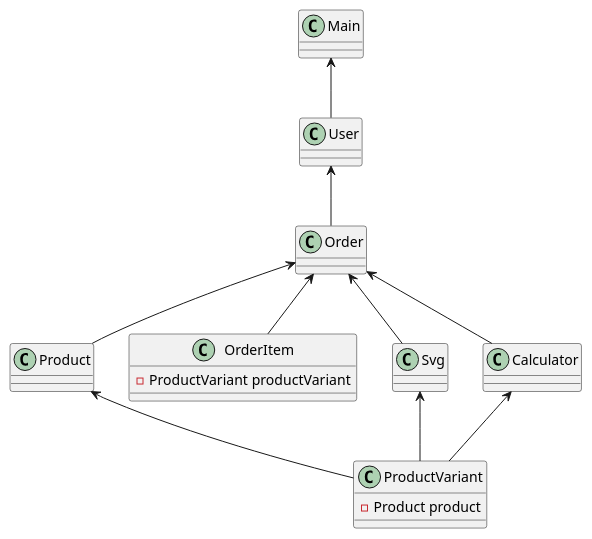
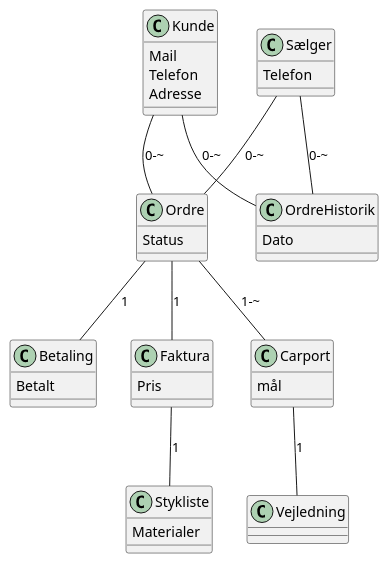
The diagram in docs/DomainModel.puml (Mikkel-ao/Carport), drawn with PlantUML before and after one commit. The commit also changed 1 other file, not shown here.

Commit message:
Domain model done

```diff
--- a/docs/DomainModel.puml
+++ b/docs/DomainModel.puml
@@ -1,42 +1,44 @@
 @startuml
 'https://plantuml.com/class-diagram
-' Domain Model
-
-class Main {
+'Domain Model'
+class Betaling {
+Betalt
+}
+class Kunde{
+Mail
+Telefon
+Adresse
+}
+class Sælger{
+Telefon
+}
+class Ordre{
+Status
+}
+class Faktura {
+Pris
+}
+class OrdreHistorik{
+Dato
+}
+class Carport {
+mål
+}
+class Vejledning{
+}
+class Stykliste {
+Materialer
 }
 
-class User {
-
-}
-
-class Order {
-}
-
-class Product {
-}
-
-class ProductVariant {
-- Product product
-}
-
-class OrderItem {
-- ProductVariant productVariant
-}
-
-class Svg {
-}
-class Calculator{
-}
-
-
-Main <-- User
-User <-- Order
-Product <-- ProductVariant
-Order <-- Product
-Order <-- OrderItem
-Svg <-- ProductVariant
-Order <-- Calculator
-Order <-- Svg
-Calculator <-- ProductVariant
+'pile'
+Kunde -- Ordre: 0-~
+Ordre -- Carport: 1-~
+Ordre -- Faktura: 1
+Ordre -- Betaling: 1
+Kunde -- OrdreHistorik: 0-~
+Sælger -- Ordre: 0-~
+Faktura -- Stykliste: 1
+Sælger -- OrdreHistorik: 0-~
+Carport -- Vejledning: 1
 
 @enduml
```
